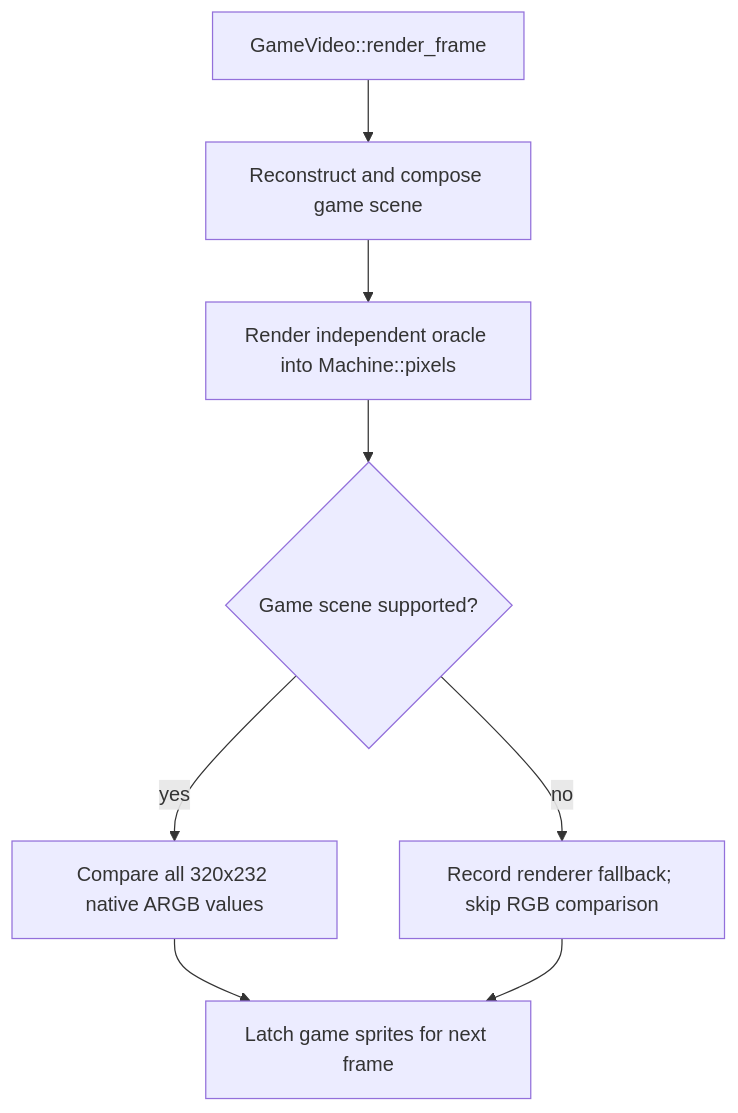
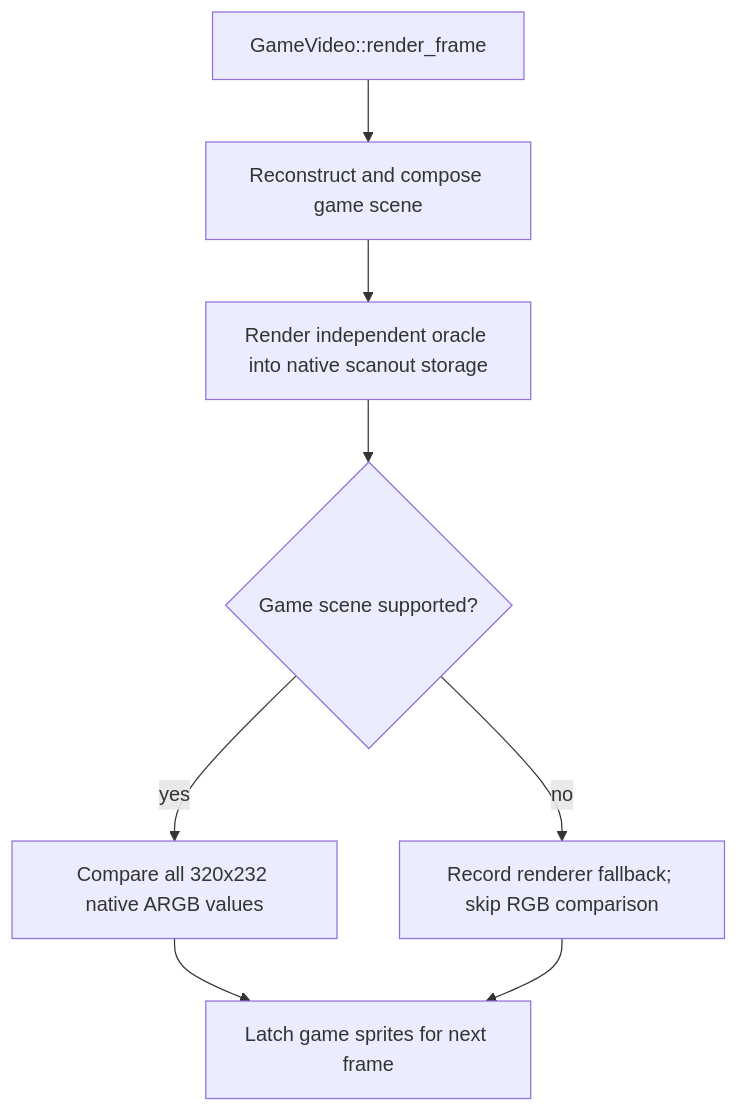
The diagram in docs/site/developer/runtime/video/compare-mode.md (ansxor/f3-recomp), drawn with Mermaid before and after one commit. The commit also changed other lines of this file and 20 other files, not shown here.

````diff
--- a/docs/site/developer/runtime/video/compare-mode.md
+++ b/docs/site/developer/runtime/video/compare-mode.md
@@ -23,10 +23,10 @@
 ```mermaid
 flowchart TD
     R["GameVideo::render_frame"] --> G["Reconstruct and compose game scene"]
-    G --> O["Render independent oracle into Machine::pixels"]
+    G --> O["Render independent oracle into native scanout storage"]
     O --> S{"Game scene supported?"}
     S -- "yes" --> C["Compare all 320x232 native ARGB values"]
     S -- "no" --> F["Record renderer fallback; skip RGB comparison"]
     C --> L["Latch game sprites for next frame"]
     F --> L
 ```
````
